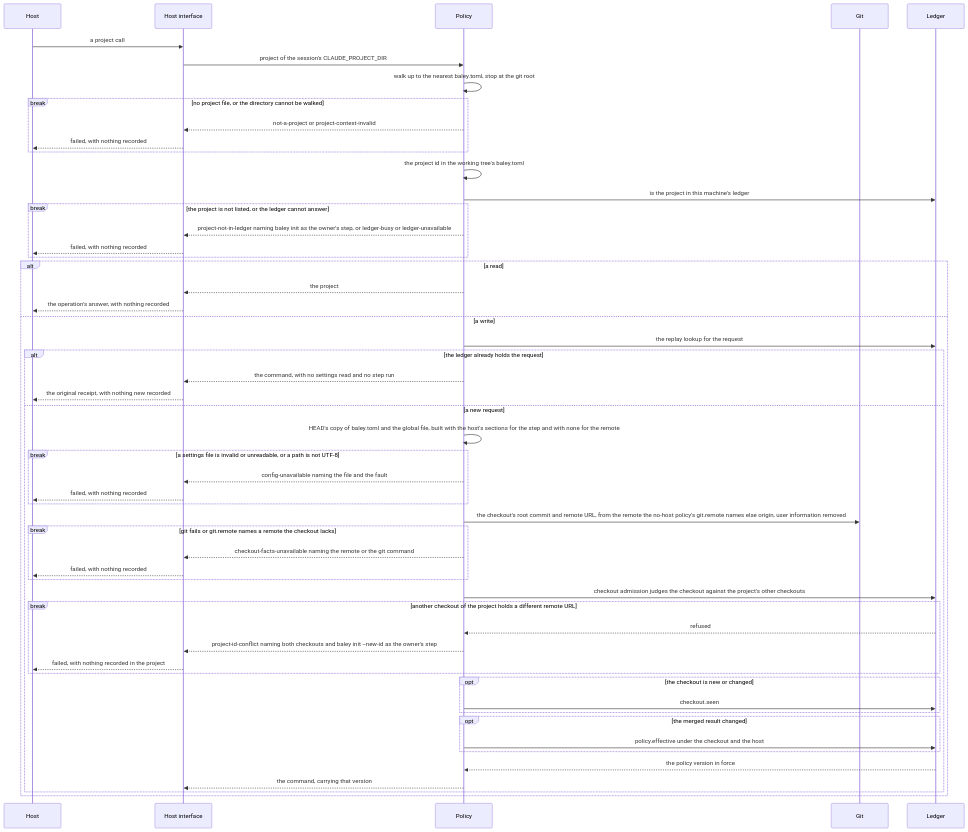
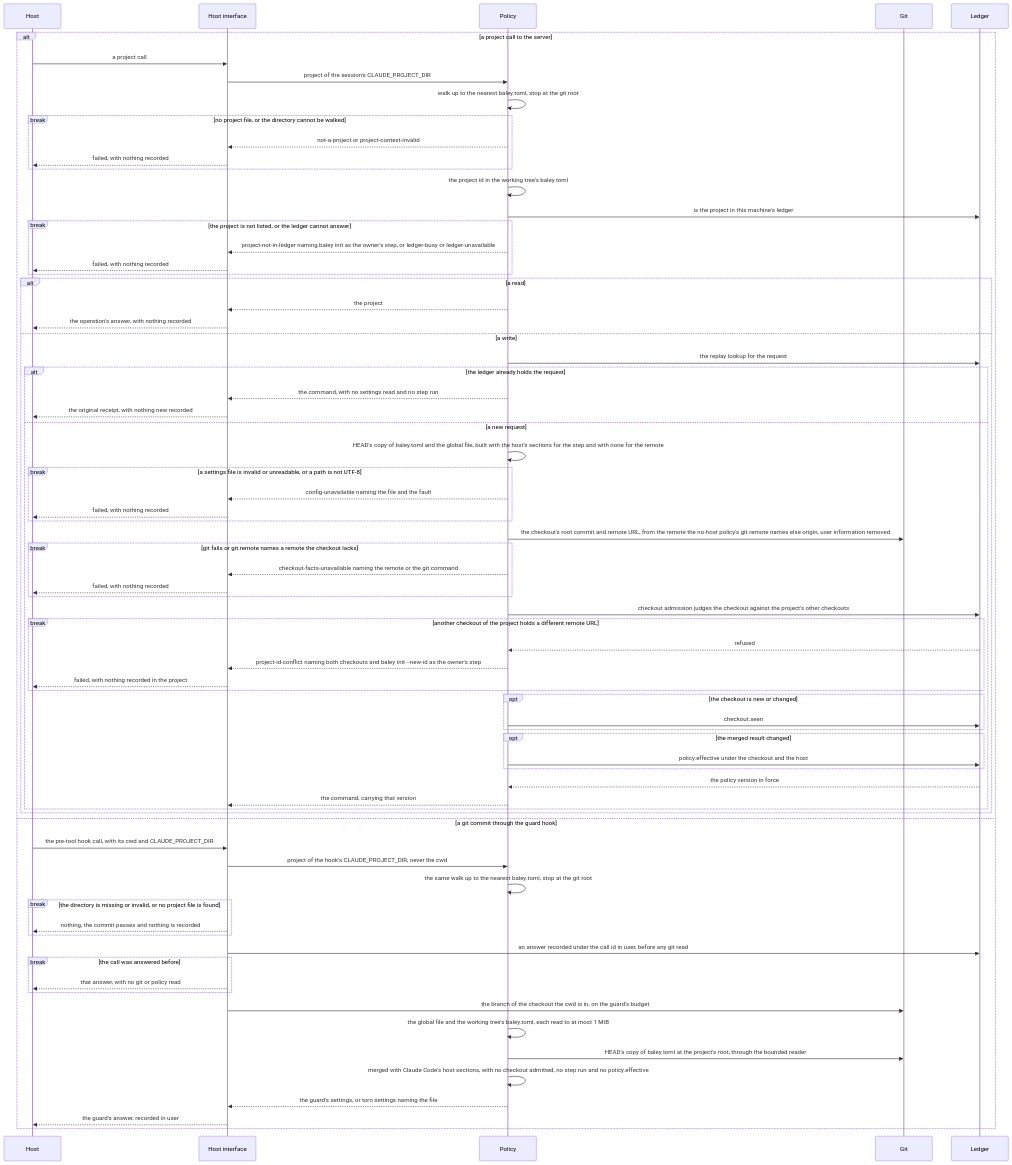
One commit to crenshawdev/baley changed the seventh of 7 diagrams in docs/design/0003-configuration-and-routing.md. Above: the diagram before and after it, drawn with Mermaid. The commit also changed other lines of this file and 1 other file, not shown here.

Commit message:
docs(design): give the guard its own policy path in designs 0003 and 0014
The hook now walks from CLAUDE_PROJECT_DIR and builds a capped policy
with Claude Code's sections, so Figure 7 shows that path beside the
server's and the status rows stop pointing at the deleted binary guard.

````diff
--- a/docs/design/0003-configuration-and-routing.md
+++ b/docs/design/0003-configuration-and-routing.md
@@ -621,56 +621,75 @@
 ```mermaid
 sequenceDiagram
   participant H as Host
   participant I as Host interface
   participant P as Policy
   participant G as Git
   participant L as Ledger
-  H->>I: a project call
-  I->>P: project of the session's CLAUDE_PROJECT_DIR
-  P->>P: walk up to the nearest baley.toml, stop at the git root
-  break no project file, or the directory cannot be walked
-    P-->>I: not-a-project or project-context-invalid
-    I-->>H: failed, with nothing recorded
-  end
-  P->>P: the project id in the working tree's baley.toml
-  P->>L: is the project in this machine's ledger
-  break the project is not listed, or the ledger cannot answer
-    P-->>I: project-not-in-ledger naming baley init as the owner's step, or ledger-busy or ledger-unavailable
-    I-->>H: failed, with nothing recorded
-  end
-  alt a read
-    P-->>I: the project
-    I-->>H: the operation's answer, with nothing recorded
-  else a write
-    P->>L: the replay lookup for the request
-    alt the ledger already holds the request
-      P-->>I: the command, with no settings read and no step run
-      I-->>H: the original receipt, with nothing new recorded
-    else a new request
-      P->>P: HEAD's copy of baley.toml and the global file, built with the host's sections for the step and with none for the remote
-      break a settings file is invalid or unreadable, or a path is not UTF-8
-        P-->>I: config-unavailable naming the file and the fault
-        I-->>H: failed, with nothing recorded
+  alt a project call to the server
+    H->>I: a project call
+    I->>P: project of the session's CLAUDE_PROJECT_DIR
+    P->>P: walk up to the nearest baley.toml, stop at the git root
+    break no project file, or the directory cannot be walked
+      P-->>I: not-a-project or project-context-invalid
+      I-->>H: failed, with nothing recorded
+    end
+    P->>P: the project id in the working tree's baley.toml
+    P->>L: is the project in this machine's ledger
+    break the project is not listed, or the ledger cannot answer
+      P-->>I: project-not-in-ledger naming baley init as the owner's step, or ledger-busy or ledger-unavailable
+      I-->>H: failed, with nothing recorded
+    end
+    alt a read
+      P-->>I: the project
+      I-->>H: the operation's answer, with nothing recorded
+    else a write
+      P->>L: the replay lookup for the request
+      alt the ledger already holds the request
+        P-->>I: the command, with no settings read and no step run
+        I-->>H: the original receipt, with nothing new recorded
+      else a new request
+        P->>P: HEAD's copy of baley.toml and the global file, built with the host's sections for the step and with none for the remote
+        break a settings file is invalid or unreadable, or a path is not UTF-8
+          P-->>I: config-unavailable naming the file and the fault
+          I-->>H: failed, with nothing recorded
+        end
+        P->>G: the checkout's root commit and remote URL, from the remote the no-host policy's git.remote names else origin, user information removed
+        break git fails or git.remote names a remote the checkout lacks
+          P-->>I: checkout-facts-unavailable naming the remote or the git command
+          I-->>H: failed, with nothing recorded
+        end
+        P->>L: checkout admission judges the checkout against the project's other checkouts
+        break another checkout of the project holds a different remote URL
+          L-->>P: refused
+          P-->>I: project-id-conflict naming both checkouts and baley init --new-id as the owner's step
+          I-->>H: failed, with nothing recorded in the project
+        end
+        opt the checkout is new or changed
+          P->>L: checkout.seen
+        end
+        opt the merged result changed
+          P->>L: policy.effective under the checkout and the host
+        end
+        L-->>P: the policy version in force
+        P-->>I: the command, carrying that version
       end
-      P->>G: the checkout's root commit and remote URL, from the remote the no-host policy's git.remote names else origin, user information removed
-      break git fails or git.remote names a remote the checkout lacks
-        P-->>I: checkout-facts-unavailable naming the remote or the git command
-        I-->>H: failed, with nothing recorded
-      end
-      P->>L: checkout admission judges the checkout against the project's other checkouts
-      break another checkout of the project holds a different remote URL
-        L-->>P: refused
-        P-->>I: project-id-conflict naming both checkouts and baley init --new-id as the owner's step
-        I-->>H: failed, with nothing recorded in the project
-      end
-      opt the checkout is new or changed
-        P->>L: checkout.seen
-      end
-      opt the merged result changed
-        P->>L: policy.effective under the checkout and the host
-      end
-      L-->>P: the policy version in force
-      P-->>I: the command, carrying that version
     end
+  else a git commit through the guard hook
+    H->>I: the pre-tool hook call, with its cwd and CLAUDE_PROJECT_DIR
+    I->>P: project of the hook's CLAUDE_PROJECT_DIR, never the cwd
+    P->>P: the same walk up to the nearest baley.toml, stop at the git root
+    break the directory is missing or invalid, or no project file is found
+      I-->>H: nothing, the commit passes and nothing is recorded
+    end
+    I->>L: an answer recorded under the call id in user, before any git read
+    break the call was answered before
+      I-->>H: that answer, with no git or policy read
+    end
+    I->>G: the branch of the checkout the cwd is in, on the guard's budget
+    P->>P: the global file and the working tree's baley.toml, each read to at most 1 MiB
+    P->>G: HEAD's copy of baley.toml at the project's root, through the bounded reader
+    P->>P: merged with Claude Code's host sections, with no checkout admitted, no step run and no policy.effective
+    P-->>I: the guard's settings, or torn settings naming the file
+    I-->>H: the guard's answer, recorded in user
   end
 ```
````
